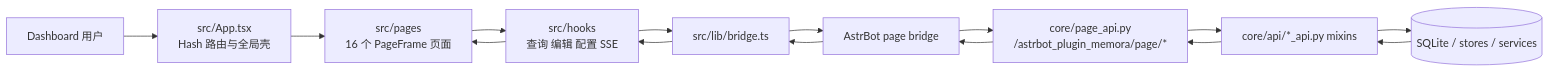
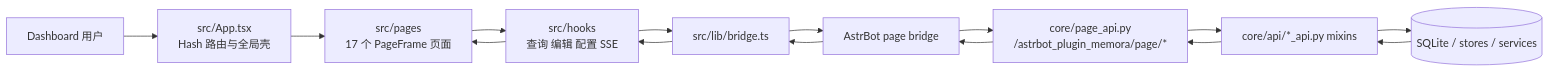
One commit to INSide-734/astrbot_plugin_memora changed the first of 2 diagrams in pages/dashboard/AGENTS.md. Above: the diagram before and after it, drawn with Mermaid. The commit also changed other lines of this file and 11 other files, not shown here.

````diff
--- a/pages/dashboard/AGENTS.md
+++ b/pages/dashboard/AGENTS.md
@@ -67,12 +68,12 @@
 ```mermaid
 flowchart LR
     U[Dashboard 用户] --> A[src/App.tsx\nHash 路由与全局壳]
-    A --> P[src/pages\n16 个 PageFrame 页面]
+    A --> P[src/pages\n17 个 PageFrame 页面]
     P --> H[src/hooks\n查询 编辑 配置 SSE]
     H --> B[src/lib/bridge.ts]
     B --> X[AstrBot page bridge]
     X --> E[core/page_api.py\n/astrbot_plugin_memora/page/*]
     E --> M[core/api/*_api.py mixins]
     M --> S[(SQLite / stores / services)]
     S --> M --> E --> X --> B --> H --> P
 ```
````
